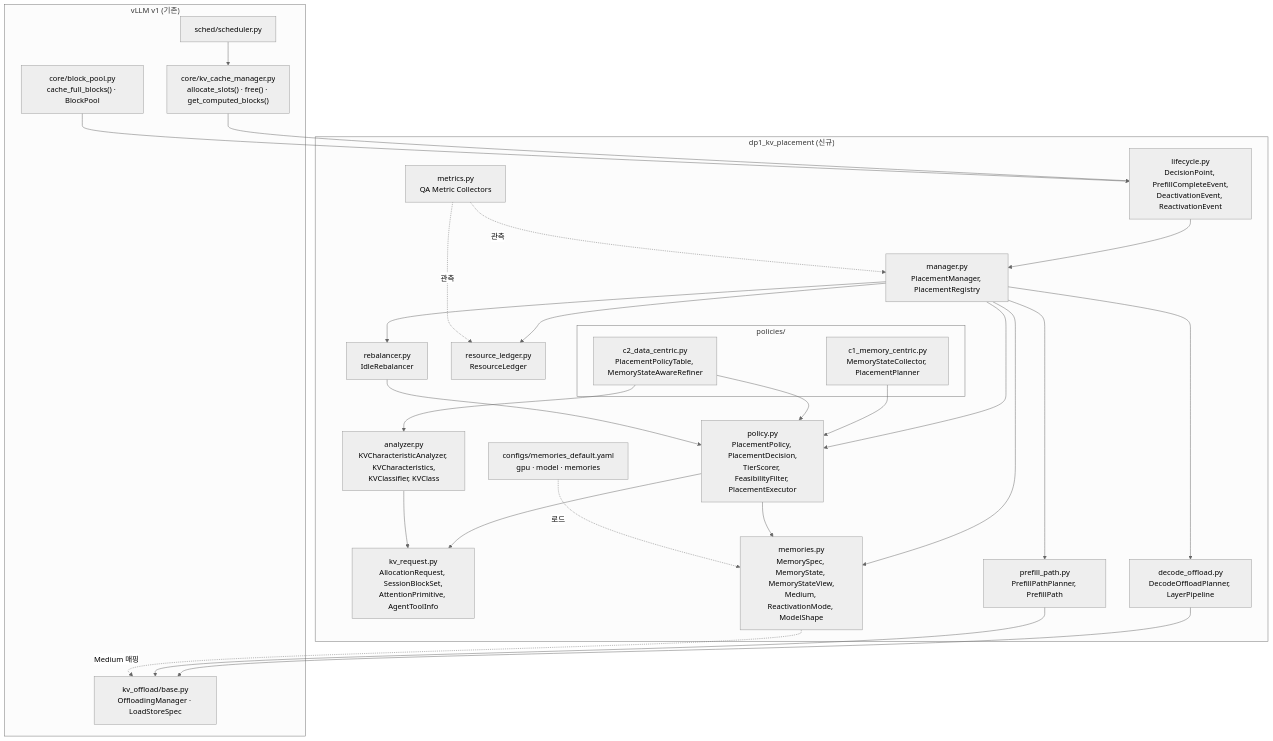
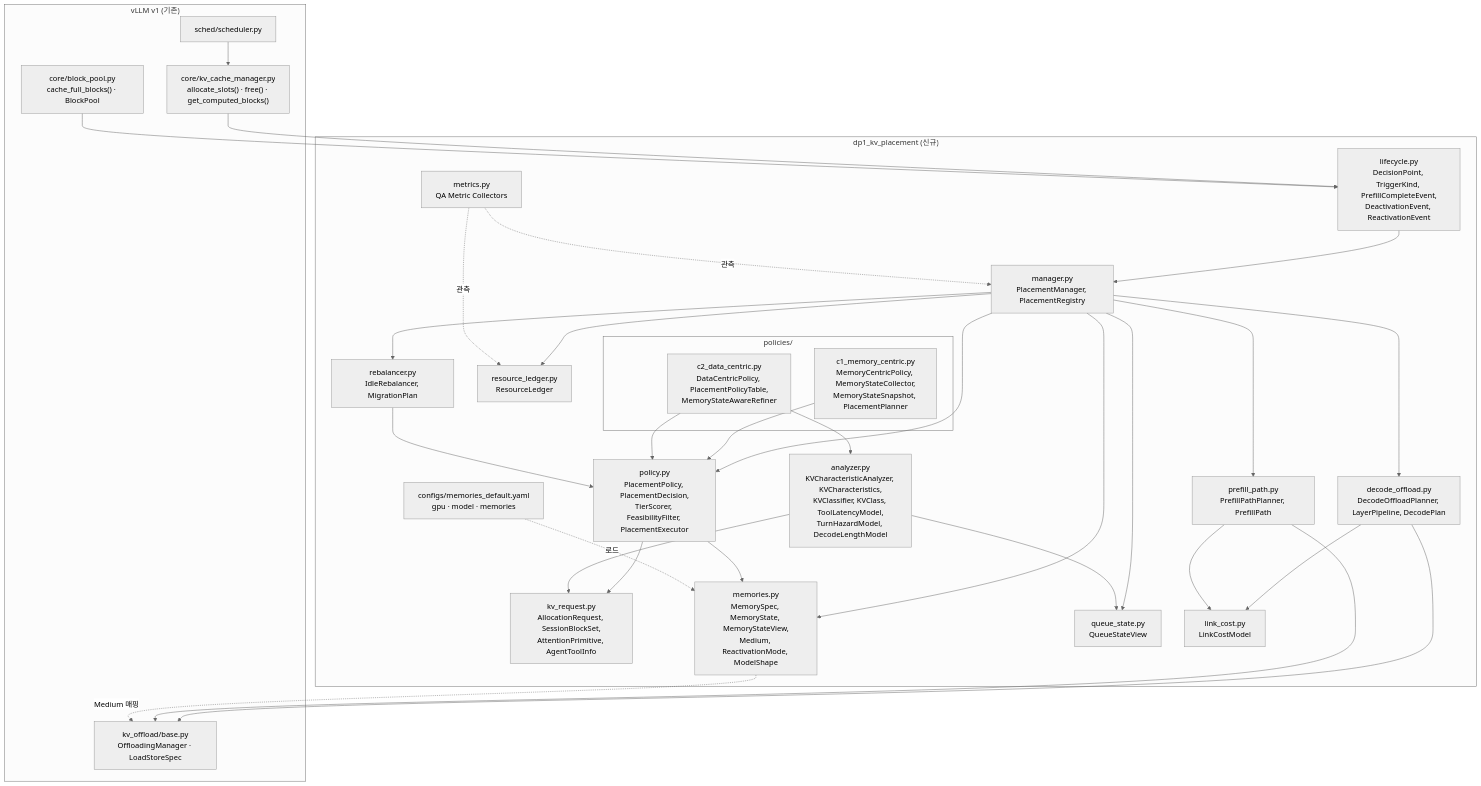
Before and after one commit to mkim0628/vllm: the first of 14 diagrams in doc-architect/dp1-implementation-uml.md, drawn with Mermaid (neutral theme). The commit also changed other lines of this file and 2 other files, not shown here.

````diff
--- a/doc-architect/dp1-implementation-uml.md
+++ b/doc-architect/dp1-implementation-uml.md
@@ -25,52 +33,58 @@
 ```mermaid
 graph TB
     subgraph vllm_v1["vLLM v1 (기존)"]
         sched["sched/scheduler.py"]
         kvm["core/kv_cache_manager.py<br/>allocate_slots() · free() · get_computed_blocks()"]
         bp["core/block_pool.py<br/>cache_full_blocks() · BlockPool"]
         offbase["kv_offload/base.py<br/>OffloadingManager · LoadStoreSpec"]
     end
 
     subgraph dp1["dp1_kv_placement (신규)"]
-        lifecycle["lifecycle.py<br/>DecisionPoint, PrefillCompleteEvent,<br/>DeactivationEvent, ReactivationEvent"]
+        lifecycle["lifecycle.py<br/>DecisionPoint, TriggerKind, PrefillCompleteEvent,<br/>DeactivationEvent, ReactivationEvent"]
         request["kv_request.py<br/>AllocationRequest, SessionBlockSet,<br/>AttentionPrimitive, AgentToolInfo"]
         memories["memories.py<br/>MemorySpec, MemoryState, MemoryStateView,<br/>Medium, ReactivationMode, ModelShape"]
+        queue["queue_state.py<br/>QueueStateView"]
         policy["policy.py<br/>PlacementPolicy, PlacementDecision,<br/>TierScorer, FeasibilityFilter, PlacementExecutor"]
-        analyzer["analyzer.py<br/>KVCharacteristicAnalyzer, KVCharacteristics,<br/>KVClassifier, KVClass"]
-        decode["decode_offload.py<br/>DecodeOffloadPlanner, LayerPipeline"]
+        analyzer["analyzer.py<br/>KVCharacteristicAnalyzer, KVCharacteristics,<br/>KVClassifier, KVClass, ToolLatencyModel,<br/>TurnHazardModel, DecodeLengthModel"]
+        linkcost["link_cost.py<br/>LinkCostModel"]
+        decode["decode_offload.py<br/>DecodeOffloadPlanner, LayerPipeline, DecodePlan"]
         prefill["prefill_path.py<br/>PrefillPathPlanner, PrefillPath"]
         ledger["resource_ledger.py<br/>ResourceLedger"]
-        rebalancer["rebalancer.py<br/>IdleRebalancer"]
+        rebalancer["rebalancer.py<br/>IdleRebalancer, MigrationPlan"]
         manager["manager.py<br/>PlacementManager, PlacementRegistry"]
         metrics["metrics.py<br/>QA Metric Collectors"]
         configs["configs/memories_default.yaml<br/>gpu · model · memories"]
         subgraph policies["policies/"]
-            c1["c1_memory_centric.py<br/>MemoryStateCollector, PlacementPlanner"]
-            c2["c2_data_centric.py<br/>PlacementPolicyTable, MemoryStateAwareRefiner"]
+            c1["c1_memory_centric.py<br/>MemoryCentricPolicy, MemoryStateCollector,<br/>MemoryStateSnapshot, PlacementPlanner"]
+            c2["c2_data_centric.py<br/>DataCentricPolicy, PlacementPolicyTable,<br/>MemoryStateAwareRefiner"]
         end
     end
 
     sched --> kvm
     kvm --> lifecycle
     bp --> lifecycle
     lifecycle --> manager
     manager --> policy
     manager --> memories
+    manager --> queue
     manager --> decode
     manager --> prefill
     manager --> rebalancer
     manager --> ledger
     policy --> request
     policy --> memories
     c1 --> policy
     c2 --> policy
     c2 --> analyzer
     analyzer --> request
+    analyzer --> queue
     rebalancer --> policy
+    decode --> linkcost
+    prefill --> linkcost
     decode --> offbase
     prefill --> offbase
     configs -.->|로드| memories
     memories -.->|Medium 매핑| offbase
     metrics -.->|관측| manager
     metrics -.->|관측| ledger
 ```
````
